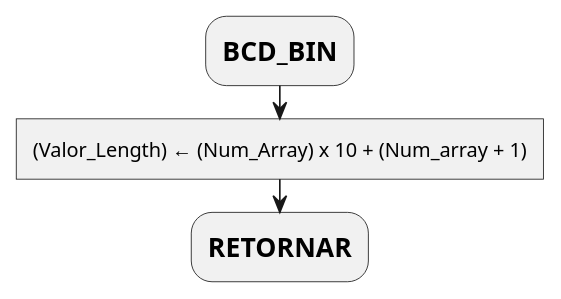
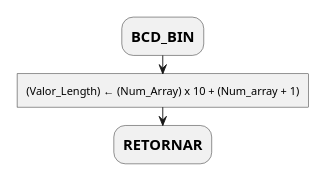
One commit to mlndz28/pr-623 changed the eighth of 23 diagrams in report.md. Above: the diagram before and after it, drawn with PlantUML. The commit also changed other lines of this file and 4 other files, not shown here.

Commit message:
docs: Parameters and diagrams

````diff
--- a/report.md
+++ b/report.md
@@ -259,10 +355,12 @@
 ```plantuml
 @startuml
+scale max 100 height
 skinparam monochrome true
 skinparam defaultTextAlignment center
 :=BCD_BIN;
 :(Valor_Length) ← (Num_Array) x 10 + (Num_array + 1)]
 
 :=RETORNAR;
 
+@enduml
 ```
````
